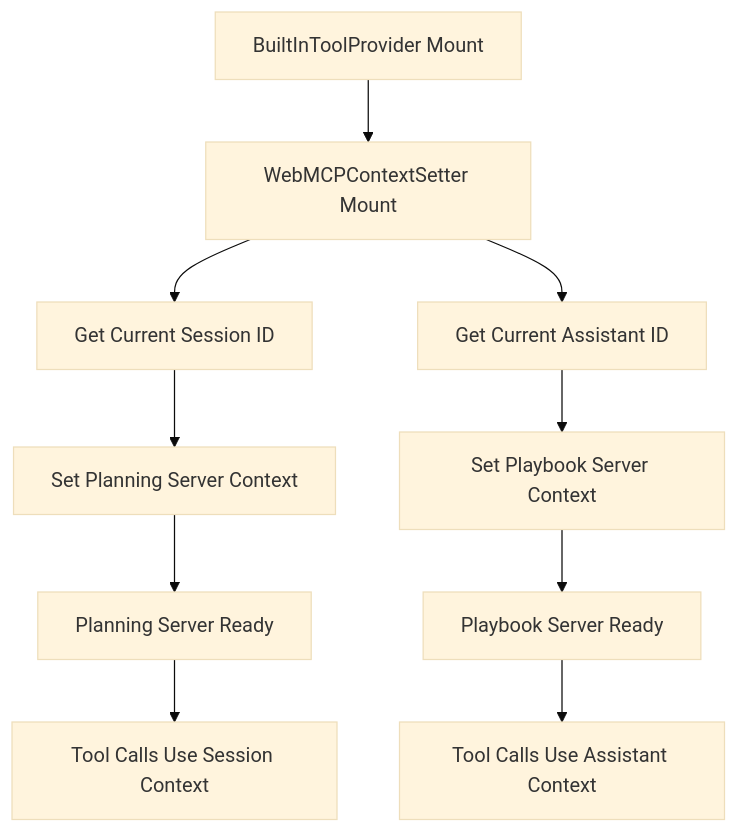
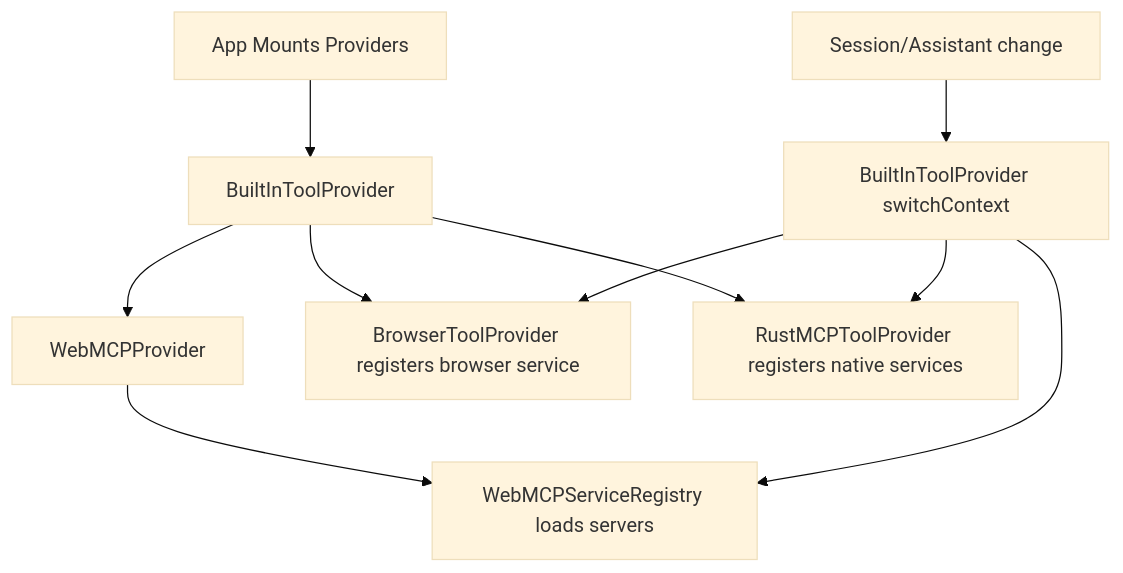
One commit to fritzprix/libr-agent changed the diagram in docs/builtin-tools.md. Above: the diagram before and after it, drawn with Mermaid (base theme). The commit also changed other lines of this file and 10 other files, not shown here.

````diff
--- a/docs/builtin-tools.md
+++ b/docs/builtin-tools.md
@@ -122,12 +121,12 @@
 ```mermaid
 graph TD
-    A[BuiltInToolProvider Mount] --> B[WebMCPContextSetter Mount]
-    B --> C[Get Current Session ID]
-    B --> D[Get Current Assistant ID]
-    C --> E[Set Planning Server Context]
-    D --> F[Set Playbook Server Context]
-    E --> G[Planning Server Ready]
-    F --> H[Playbook Server Ready]
-    G --> I[Tool Calls Use Session Context]
-    H --> J[Tool Calls Use Assistant Context]
+  A[App Mounts Providers] --> B[BuiltInToolProvider]
+  B --> C[WebMCPProvider]
+  C --> D[WebMCPServiceRegistry loads servers]
+  B --> E[BrowserToolProvider registers browser service]
+  B --> F[RustMCPToolProvider registers native services]
+  G[Session/Assistant change] --> H[BuiltInToolProvider switchContext]
+  H --> D
+  H --> E
+  H --> F
 ```
````
